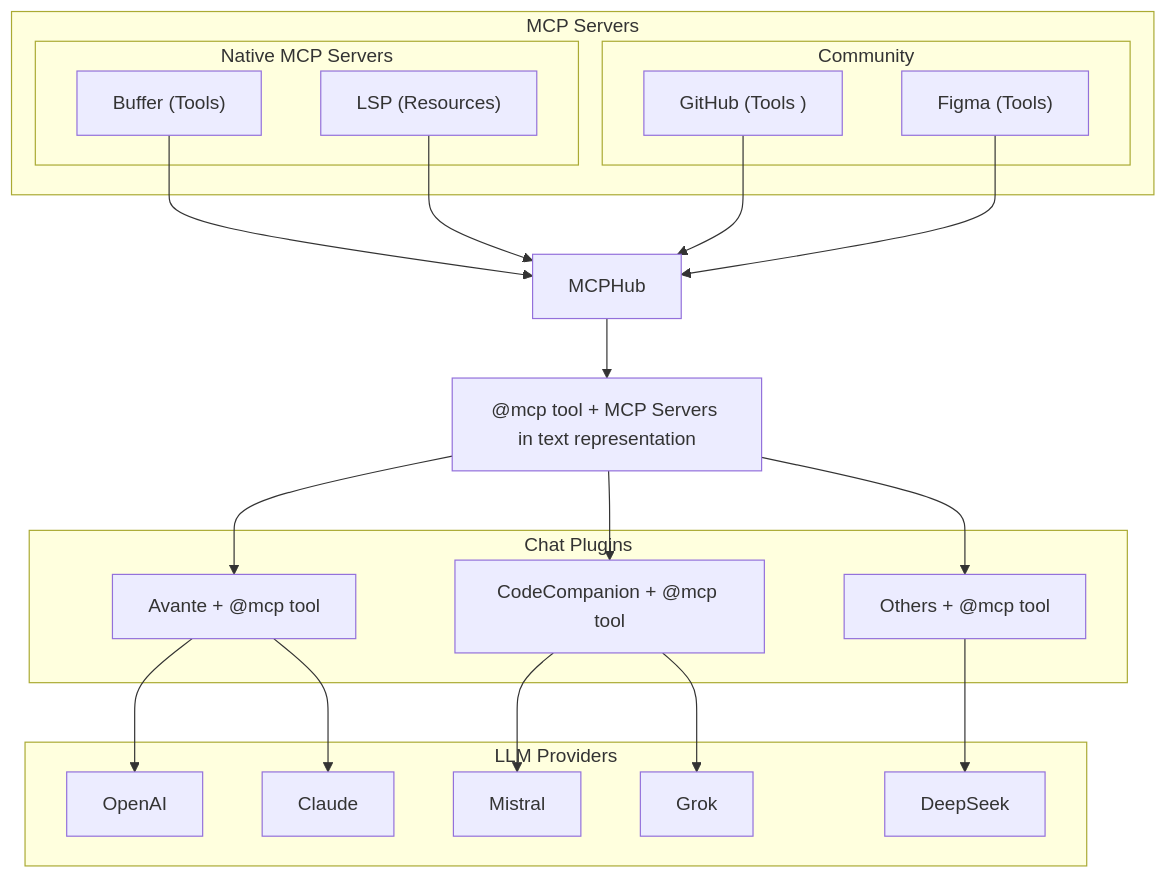
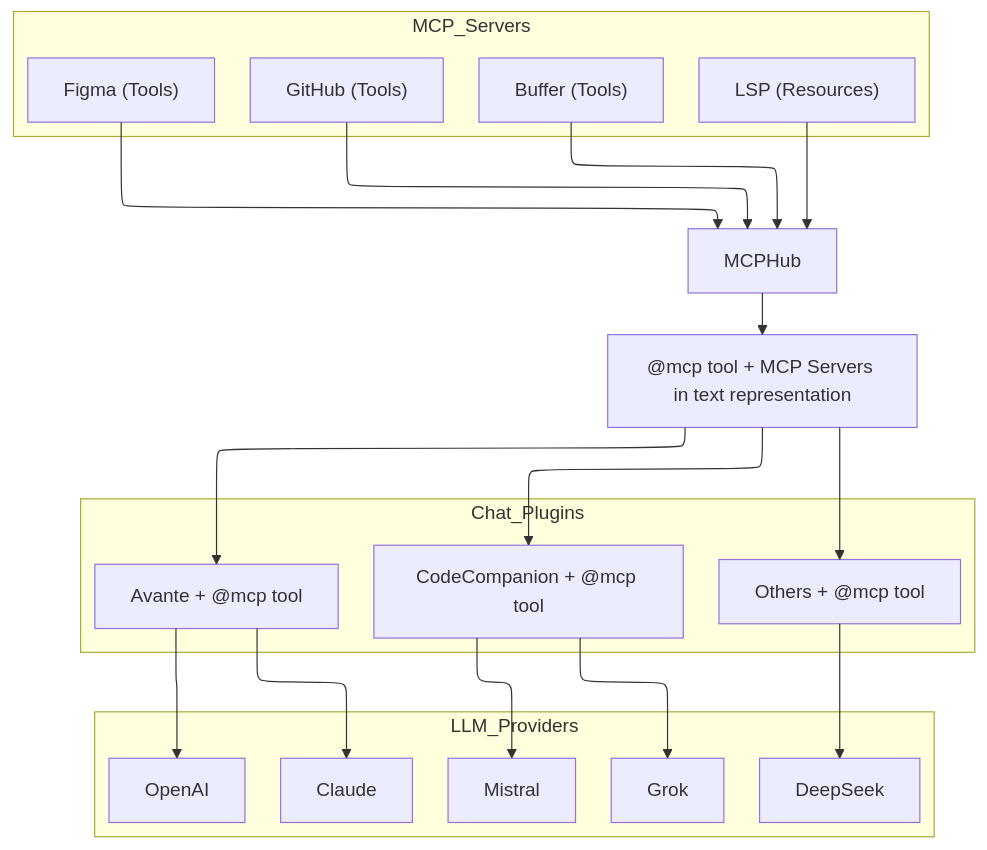
Before and after one commit to ravitemer/mcphub.nvim: the diagram in README.md, drawn with Mermaid. The commit also changed other lines of this file, not shown here.

````diff
--- a/README.md
+++ b/README.md
@@ -12,47 +14,55 @@
 ```mermaid
-graph TD
-subgraph "MCP Servers"
-subgraph "Native MCP Servers"
-N1["Buffer (Tools)"]
-N2["LSP (Resources)"]
-end
-subgraph "Community"
-C1["GitHub (Tools )"]
-C2["Figma (Tools)"]
-end
-end
+%%{init: {
+  'flowchart': {
+    'mergeEdges': true,
+    'nodePlacementStrategy': 'jukito',
+    'curve': 'basis'
+  }
+}}%%
+flowchart-elk TD
+  %% MCP Servers group
+  subgraph MCP_Servers
+    N1["Buffer (Tools)"]
+    N2["LSP (Resources)"]
+    C1["GitHub (Tools)"]
+    C2["Figma (Tools)"]
+  end
 
-H[MCPHub]
-M["@mcp tool + MCP Servers in text representation"]
+  %% Core hub and text representation
+  H[MCPHub]
+  M["@mcp tool + MCP Servers in text representation"]
 
-subgraph "Chat Plugins"
-A["Avante + @mcp tool"]
-CC["CodeCompanion + @mcp tool"]
-O[Others + @mcp tool]
-end
+  %% Chat Plugins
+  subgraph Chat_Plugins
+    A["Avante + @mcp tool"]
+    CC["CodeCompanion + @mcp tool"]
+    O["Others + @mcp tool"]
+  end
 
-subgraph "LLM Providers"
-OAI[OpenAI]
-AC[Claude]
-M1[Mistral]
-G[Grok]
-D[DeepSeek]
-end
+  %% LLM Providers
+  subgraph LLM_Providers
+    OAI[OpenAI]
+    AC[Claude]
+    M1[Mistral]
+    G[Grok]
+    D[DeepSeek]
+  end
 
-%% MCP Servers provide capabilities
-N1 & N2 --> H
-C1 & C2 --> H
+  %% Connections
+  N1 --> H
+  N2 --> H
+  C1 --> H
+  C2 --> H
 
-%% MCPHub transforms capabilities into system prompt
-H --> M
+  H --> M
 
-%% Tools to plugins
-M --> A
-M --> CC
-M --> O
+  M --> A
+  M --> CC
+  M --> O
 
-%% Plugin to LLM connections
-A --> OAI & AC
-CC --> M1 & G
-O --> D
+  A --> OAI
+  A --> AC
+  CC --> M1
+  CC --> G
+  O --> D
 ```
````
